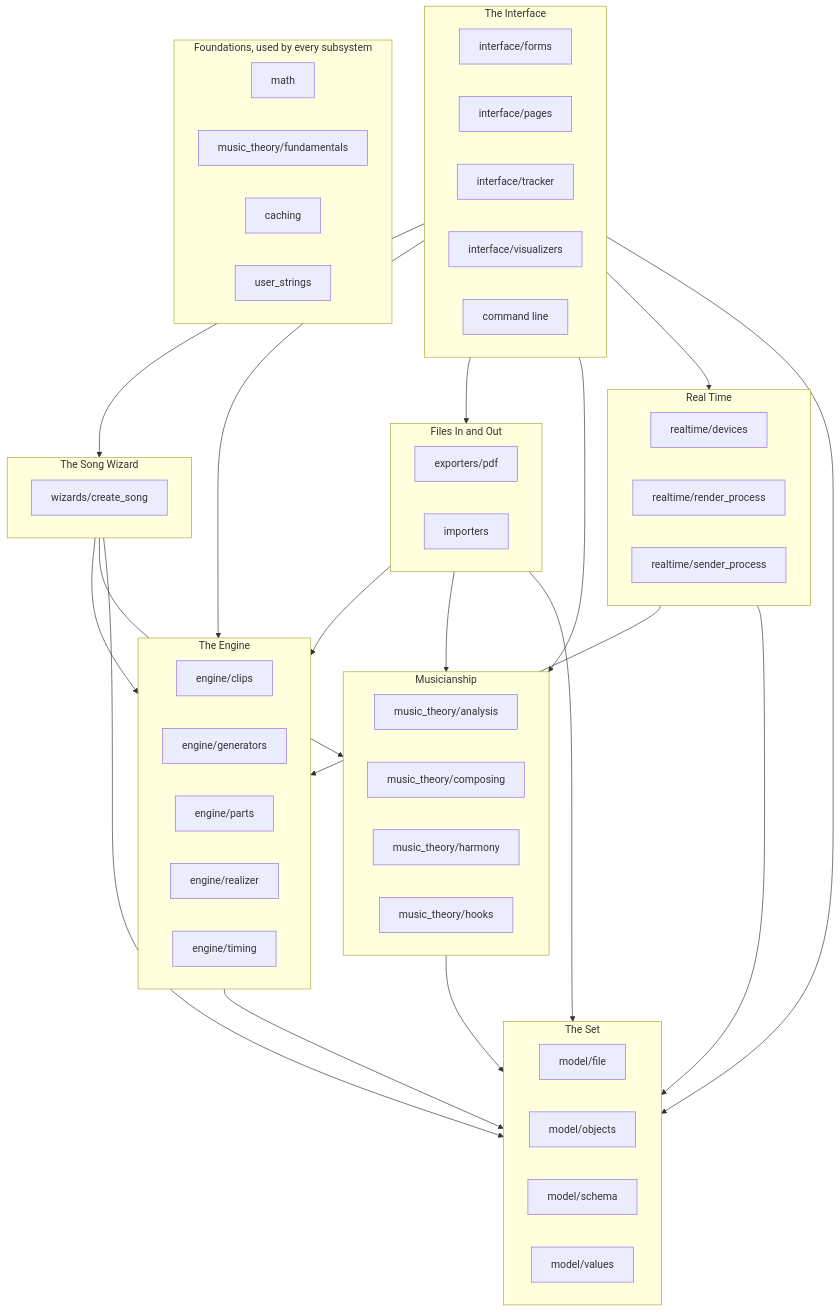
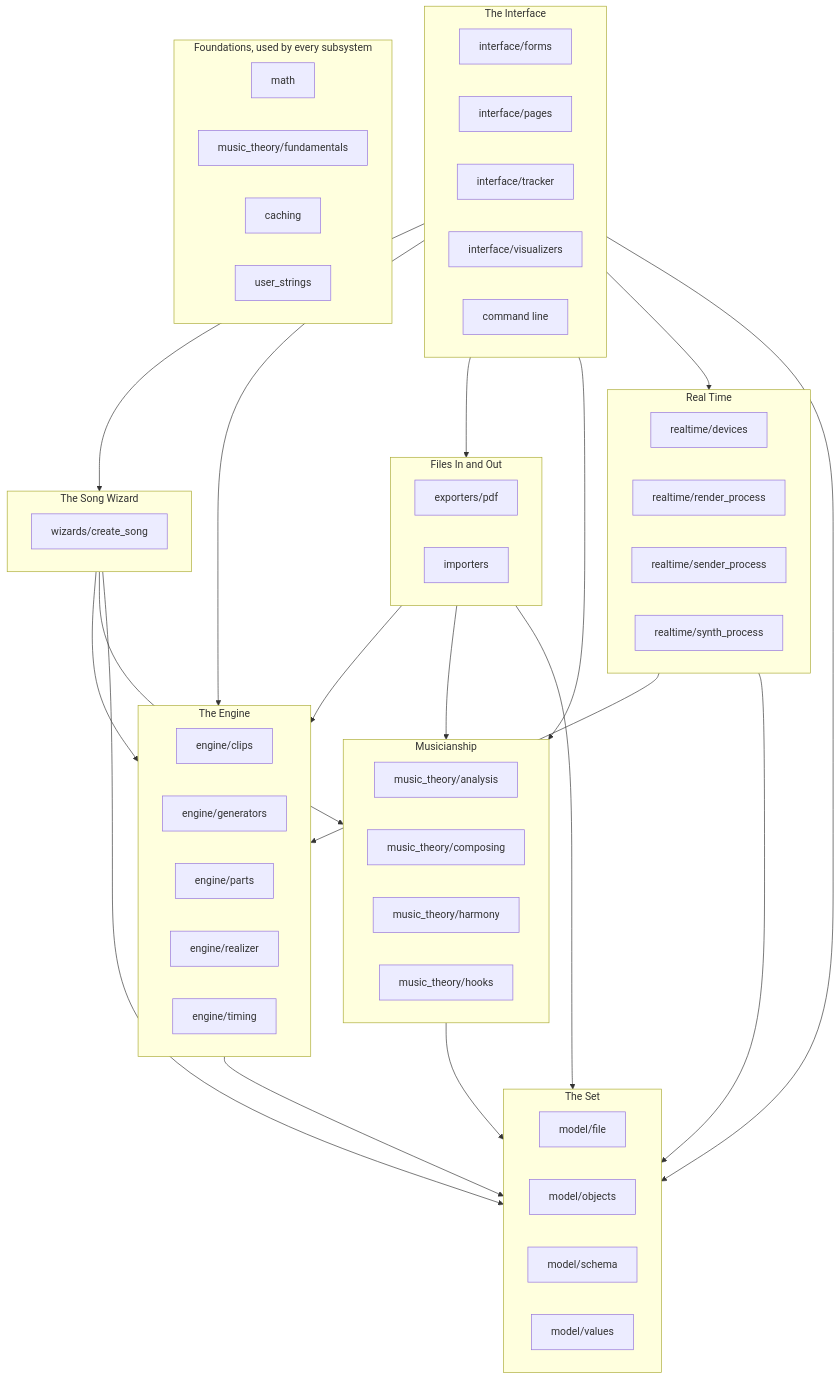
The second of 2 diagrams in docs/ARCHITECTURE.md (mpdehaan/llamatron), drawn with Mermaid before and after one commit. The commit also changed other lines of this file and 14 other files, not shown here.

````diff
--- a/docs/ARCHITECTURE.md
+++ b/docs/ARCHITECTURE.md
@@ -96,63 +96,64 @@
 ```mermaid
 flowchart TD
     subgraph set ["The Set"]
     model_file["model/file"]
     model_objects["model/objects"]
     model_schema["model/schema"]
     model_values["model/values"]
     end
     subgraph musicianship ["Musicianship"]
     music_theory_analysis["music_theory/analysis"]
     music_theory_composing["music_theory/composing"]
     music_theory_harmony["music_theory/harmony"]
     music_theory_hooks["music_theory/hooks"]
     end
     subgraph engine ["The Engine"]
     engine_clips["engine/clips"]
     engine_generators["engine/generators"]
     engine_parts["engine/parts"]
     engine_realizer["engine/realizer"]
     engine_timing["engine/timing"]
     end
     subgraph files ["Files In and Out"]
     exporters_pdf["exporters/pdf"]
     importers_importers["importers"]
     end
     subgraph realtime ["Real Time"]
     realtime_devices["realtime/devices"]
     realtime_render_process["realtime/render_process"]
     realtime_sender_process["realtime/sender_process"]
+    realtime_synth_process["realtime/synth_process"]
     end
     subgraph composer ["The Song Wizard"]
     wizards_create_song["wizards/create_song"]
     end
     subgraph interface ["The Interface"]
     interface_forms["interface/forms"]
     interface_pages["interface/pages"]
     interface_tracker["interface/tracker"]
     interface_visualizers["interface/visualizers"]
     llamatron_llamatron["command line"]
     end
     subgraph foundations ["Foundations, used by every subsystem"]
     math_math["math"]
     music_theory_fundamentals["music_theory/fundamentals"]
     caching_caching["caching"]
     user_strings_user_strings["user_strings"]
     end
     composer --> engine
     composer --> musicianship
     composer --> set
     engine --> set
     files --> engine
     files --> musicianship
     files --> set
     interface --> composer
     interface --> engine
     interface --> files
     interface --> musicianship
     interface --> realtime
     interface --> set
     musicianship --> set
     realtime --> engine
     realtime --> set
 ```
````
